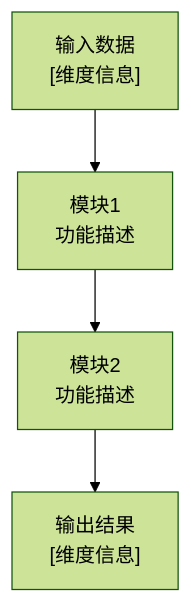
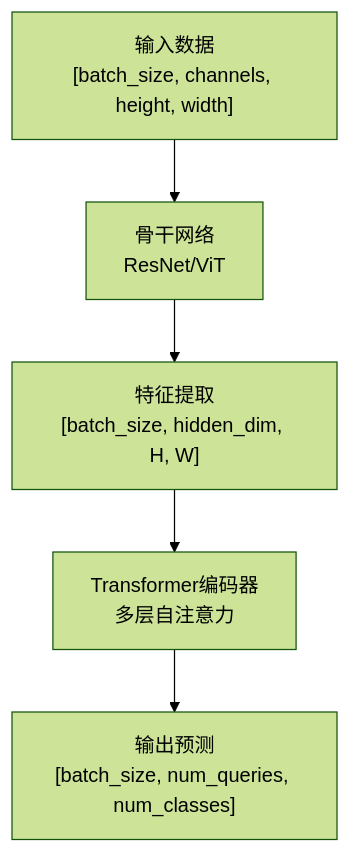
Before and after one commit to yyq19990828/CV-Study-Notes: the first of 2 diagrams in .claude/commands/generate-tech-report.md, drawn with Mermaid (forest theme). The commit also changed other lines of this file and 8 other files, not shown here.

````diff
--- a/.claude/commands/generate-tech-report.md
+++ b/.claude/commands/generate-tech-report.md
@@ -119,8 +219,9 @@
 ```mermaid
 graph TB
-    Input["输入数据<br/>[维度信息]"]
+    Input["输入数据<br/>[batch_size, channels, height, width]"]
     
-    Input --> Module1["模块1<br/>功能描述"]
-    Module1 --> Module2["模块2<br/>功能描述"]
-    Module2 --> Output["输出结果<br/>[维度信息]"]
+    Input --> Backbone["骨干网络<br/>ResNet/ViT"]
+    Backbone --> Features["特征提取<br/>[batch_size, hidden_dim, H, W]"]
+    Features --> Transformer["Transformer编码器<br/>多层自注意力"]
+    Transformer --> Output["输出预测<br/>[batch_size, num_queries, num_classes]"]
 ```
````
